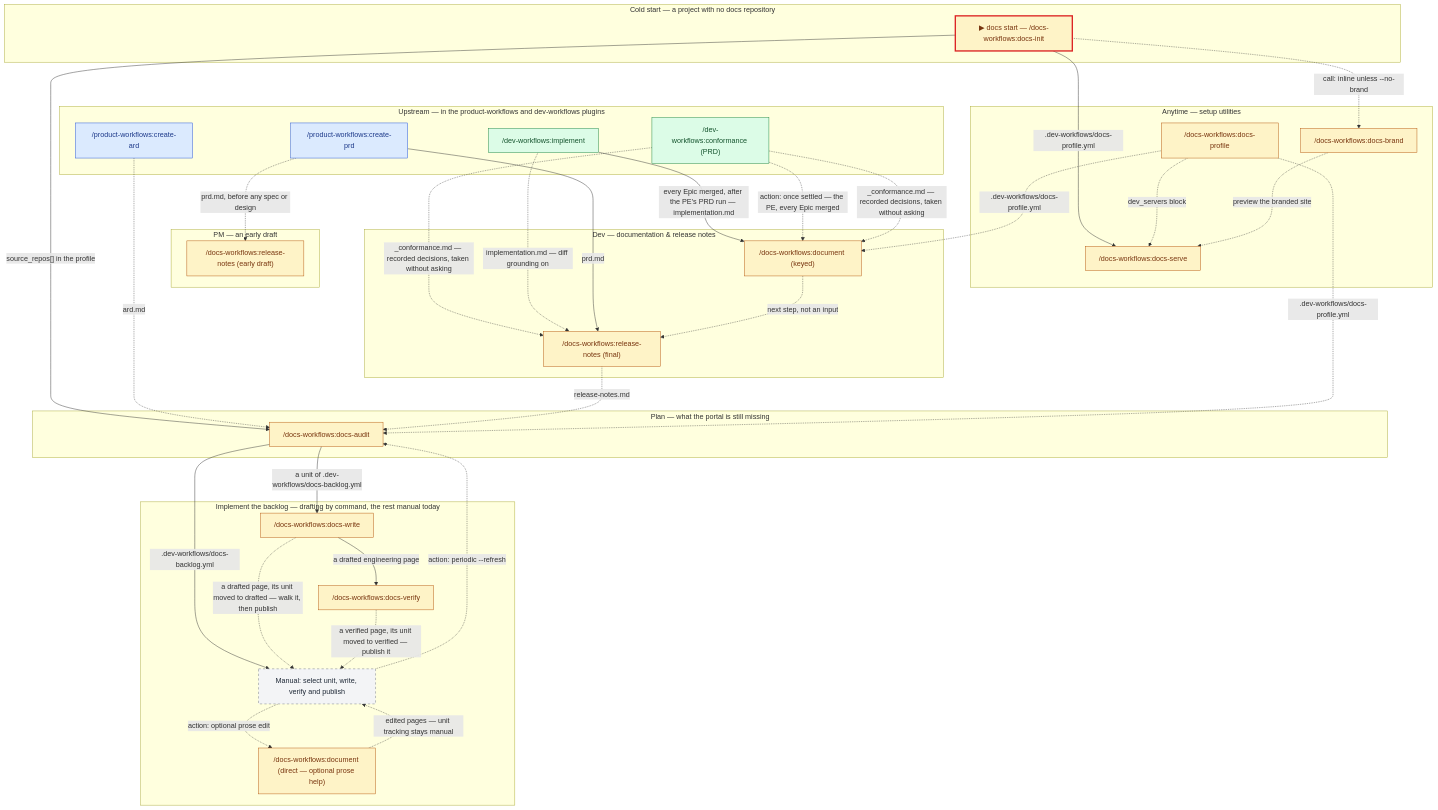
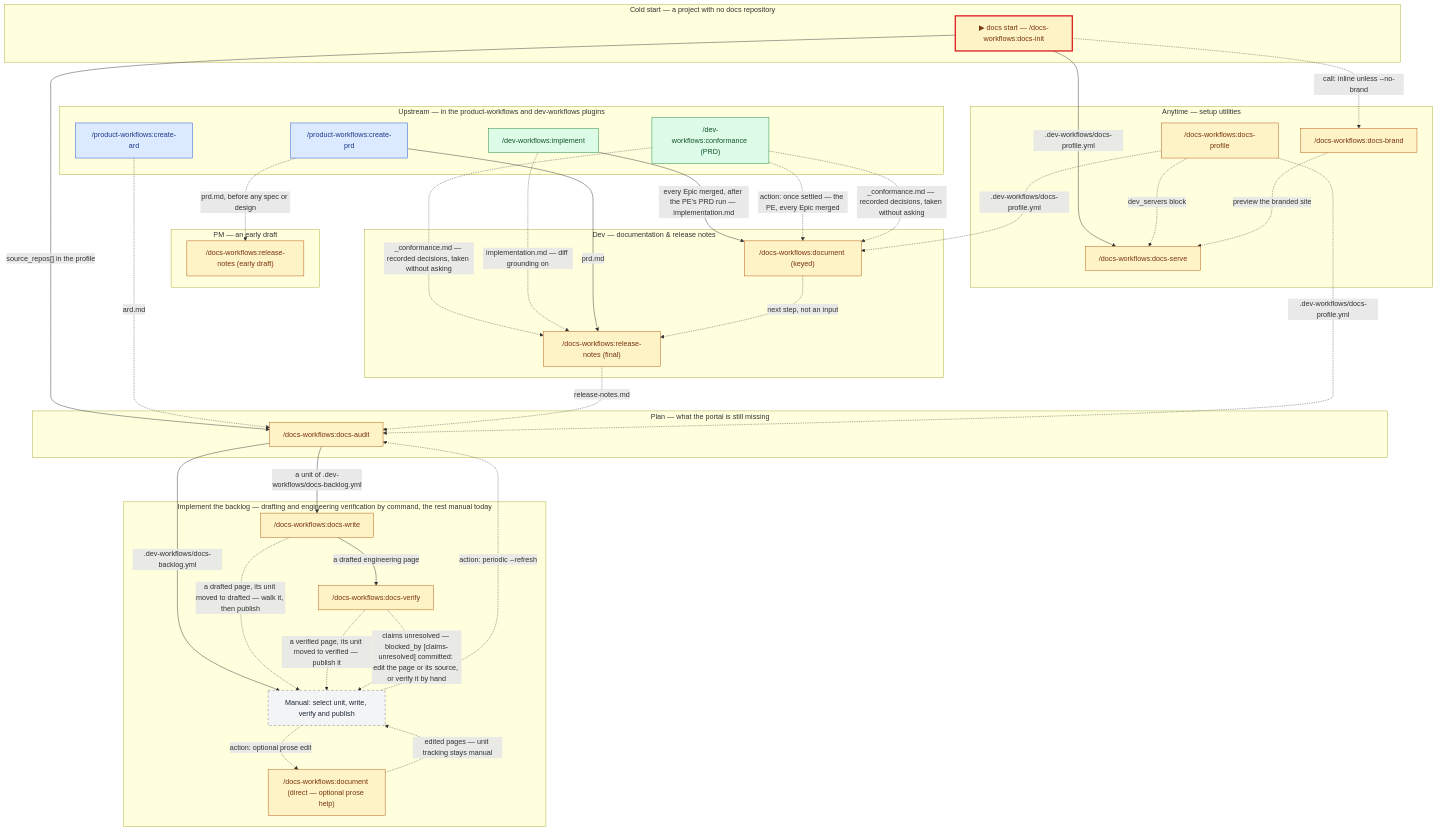
Before and after one commit to ihudak/ai-workflows: the diagram in plugins/docs-workflows/docs/workflow.md, drawn with Mermaid. The commit also changed other lines of this file and 27 other files, not shown here.

````diff
--- a/plugins/docs-workflows/docs/workflow.md
+++ b/plugins/docs-workflows/docs/workflow.md
@@ -5,66 +5,67 @@
 ```mermaid
 flowchart TD
     subgraph UP["Upstream — in the product-workflows and dev-workflows plugins"]
         implement["/dev-workflows:implement"]:::dev
         conformanceprd["/dev-workflows:conformance (PRD)"]:::dev
         createprd["/product-workflows:create-prd"]:::prod
         createard["/product-workflows:create-ard"]:::prod
     end
     subgraph EARLY["PM — an early draft"]
         rnpm["/docs-workflows:release-notes (early draft)"]:::docs
     end
     subgraph DOCS["Dev — documentation & release notes"]
         document["/docs-workflows:document (keyed)"]:::docs
         rndev["/docs-workflows:release-notes (final)"]:::docs
     end
     subgraph COLD["Cold start — a project with no docs repository"]
         init["▶ docs start — /docs-workflows:docs-init"]:::docs
     end
     subgraph PLAN["Plan — what the portal is still missing"]
         audit["/docs-workflows:docs-audit"]:::docs
     end
-    subgraph MANUAL["Implement the backlog — drafting by command, the rest manual today"]
+    subgraph MANUAL["Implement the backlog — drafting and engineering verification by command, the rest manual today"]
         docswrite["/docs-workflows:docs-write"]:::docs
         docsverify["/docs-workflows:docs-verify"]:::docs
         units["Manual: select unit, write, verify and publish"]:::manual
         direct["/docs-workflows:document (direct — optional prose help)"]:::docs
     end
     subgraph SETUP["Anytime — setup utilities"]
         profile["/docs-workflows:docs-profile"]:::docs
         brand["/docs-workflows:docs-brand"]:::docs
         docsserve["/docs-workflows:docs-serve"]:::docs
     end
 
     implement -->|"every Epic merged, after the PE's PRD run — implementation.md"| document
     conformanceprd -.->|"action: once settled — the PE, every Epic merged"| document
     conformanceprd -.->|"_conformance.md — recorded decisions, taken without asking"| document
     conformanceprd -.->|"_conformance.md — recorded decisions, taken without asking"| rndev
     implement -.->|implementation.md — diff grounding on| rndev
     createprd -.->|prd.md, before any spec or design| rnpm
     createprd -->|prd.md| rndev
     document -.->|next step, not an input| rndev
     init -.->|call: inline unless --no-brand| brand
     init -->|"source_repos[] in the profile"| audit
     createard -.->|ard.md| audit
     rndev -.->|release-notes.md| audit
     audit -->|.dev-workflows/docs-backlog.yml| units
     audit -->|"a unit of .dev-workflows/docs-backlog.yml"| docswrite
     docswrite -.->|"a drafted page, its unit moved to drafted — walk it, then publish"| units
     docswrite -->|"a drafted engineering page"| docsverify
     docsverify -.->|"a verified page, its unit moved to verified — publish it"| units
+    docsverify -.->|"claims unresolved — blocked_by [claims-unresolved] committed: edit the page or its source, or verify it by hand"| units
     units -.->|action: optional prose edit| direct
     direct -.->|edited pages — unit tracking stays manual| units
     units -.->|action: periodic --refresh| audit
     init -->|.dev-workflows/docs-profile.yml| docsserve
     profile -.->|.dev-workflows/docs-profile.yml| document
     profile -.->|.dev-workflows/docs-profile.yml| audit
     profile -.->|dev_servers block| docsserve
     brand -.->|preview the branded site| docsserve
 
     classDef prod fill:#dbeafe,stroke:#1d4ed8,color:#1e3a8a
     classDef dev fill:#dcfce7,stroke:#15803d,color:#14532d
     classDef docs fill:#fef3c7,stroke:#b45309,color:#78350f
     classDef manual fill:#f3f4f6,stroke:#6b7280,color:#1f2937,stroke-dasharray:5 5
     classDef entry stroke:#dc2626,stroke-width:3px
     class init entry
 ```
````
